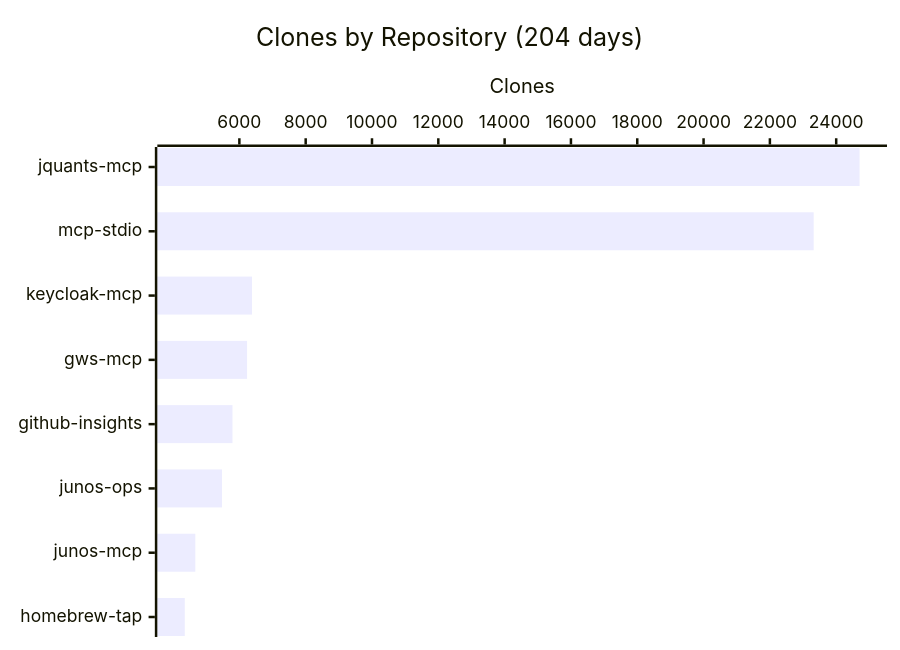
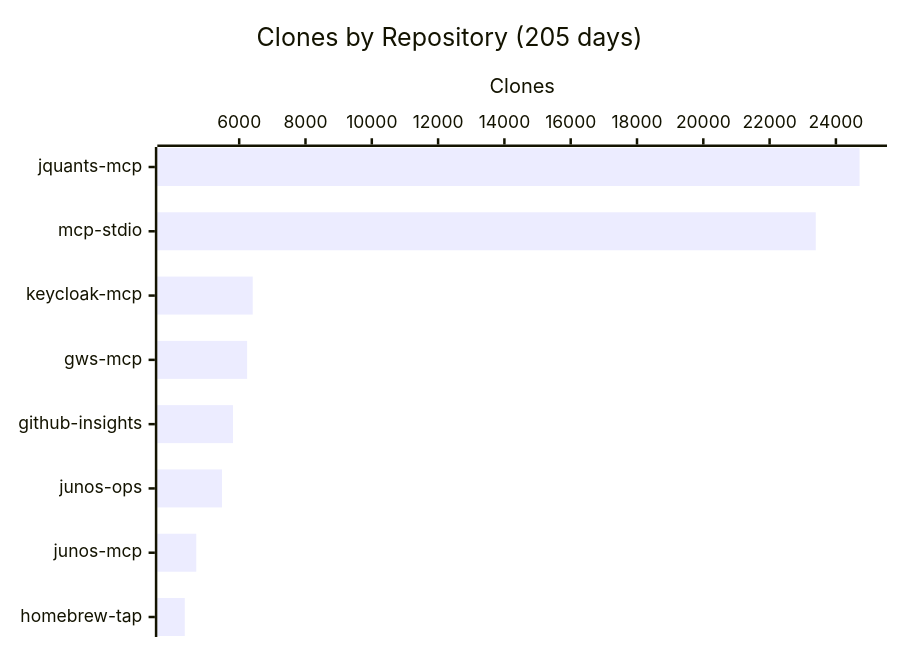
The fourth of 4 diagrams in README.md (shigechika/github-insights), drawn with Mermaid before and after one commit. The commit also changed other lines of this file and 2 other files, not shown here.

````diff
--- a/README.md
+++ b/README.md
@@ -58,7 +58,7 @@
 ```mermaid
 xychart-beta horizontal
-    title "Clones by Repository (204 days)"
+    title "Clones by Repository (205 days)"
     x-axis ["jquants-mcp", "mcp-stdio", "keycloak-mcp", "gws-mcp", "github-insights", "junos-ops", "junos-mcp", "homebrew-tap"]
     y-axis "Clones"
-    bar [24705, 23320, 6380, 6233, 5792, 5477, 4672, 4353]
+    bar [24714, 23392, 6409, 6240, 5812, 5481, 4705, 4358]
 ```
````
